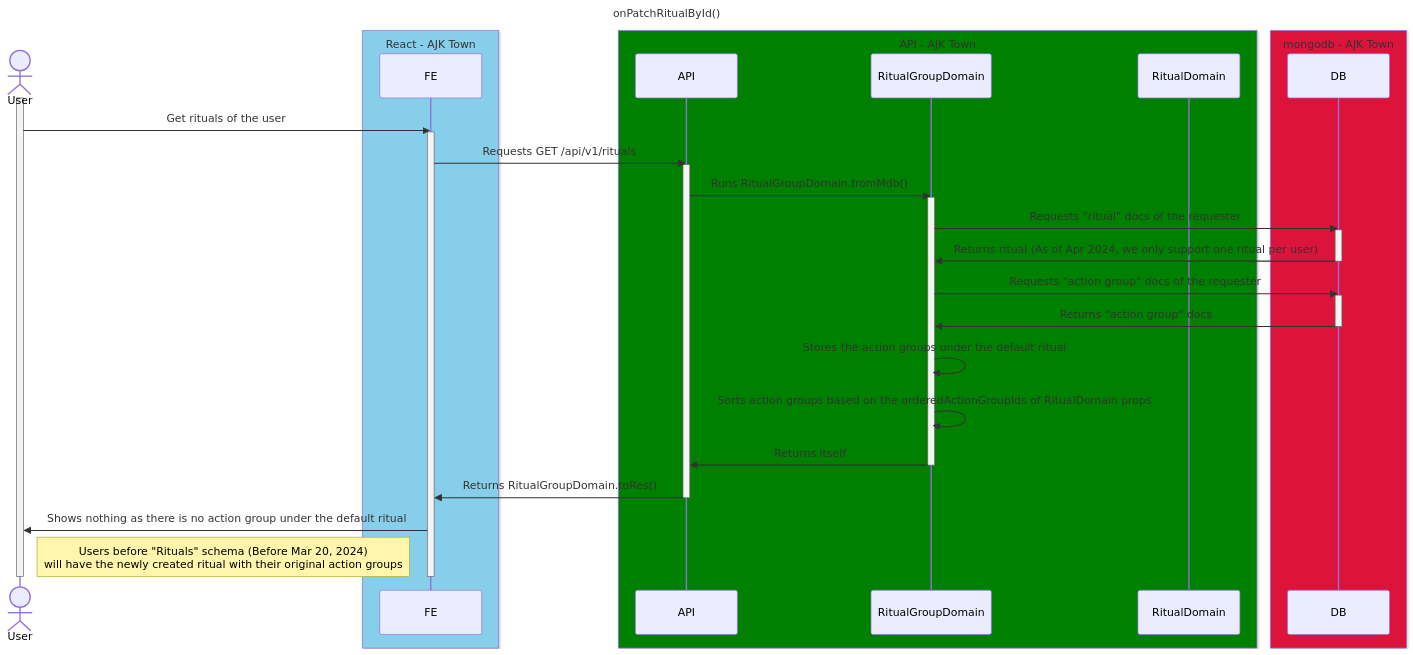
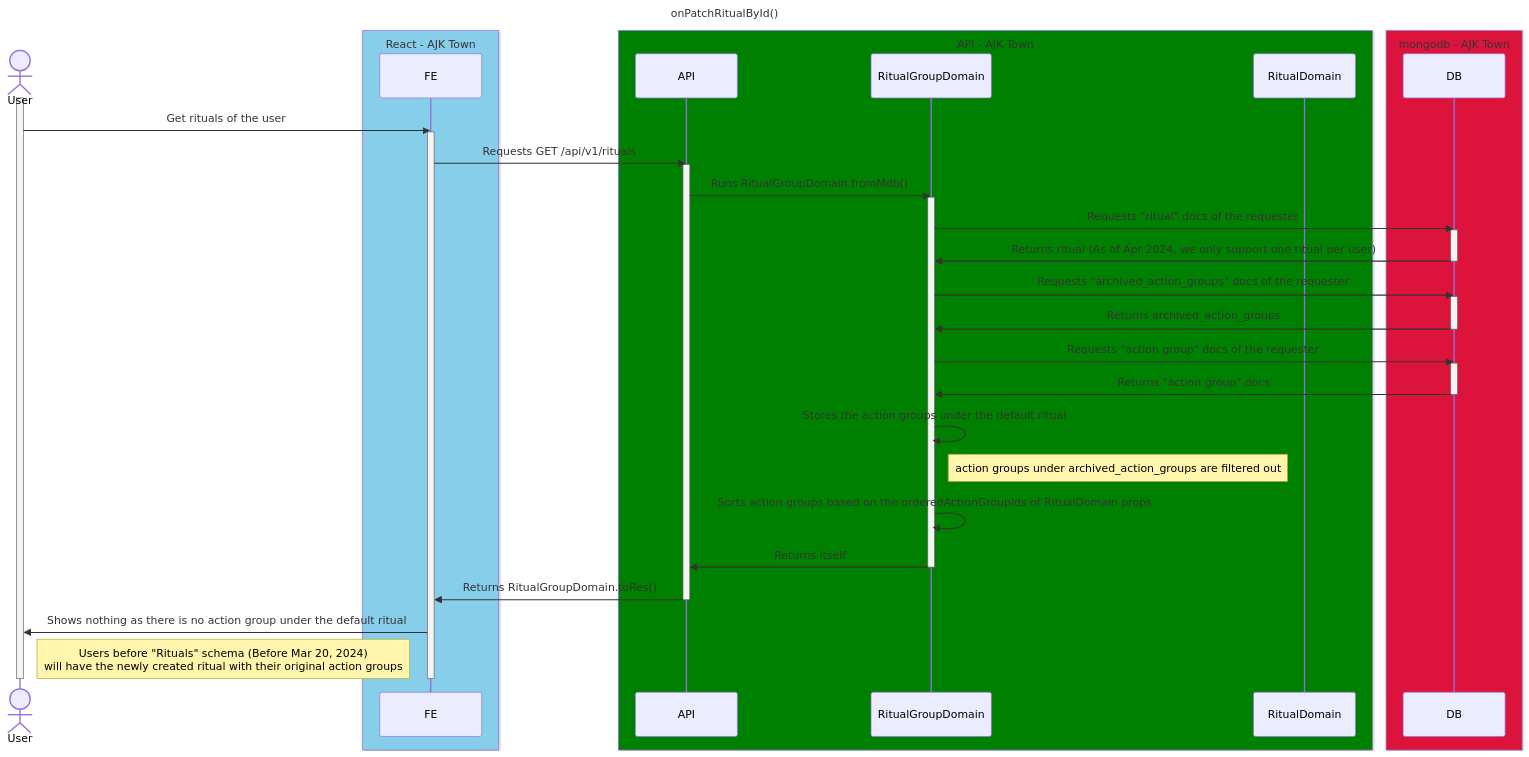
Before and after one commit to ajktown/docs: the diagram in dev_consistency/diagrams/on-get-rituals.md, drawn with Mermaid. The commit also changed other lines of this file and 8 other files, not shown here.

First line of the commit message:
Archive feature for Action Groups under Ritual (#104)

````diff
--- a/dev_consistency/diagrams/on-get-rituals.md
+++ b/dev_consistency/diagrams/on-get-rituals.md
@@ -19,45 +27,50 @@
 ```mermaid
 
 sequenceDiagram
 title: onPatchRitualById()
 
 actor user as User
 box SkyBlue React - AJK Town
   participant fe as FE
 end
 box Green API - AJK Town
   participant api as API
   participant domain as RitualGroupDomain
   participant ritual_domain as RitualDomain
 end
 box Crimson mongodb - AJK Town
   participant db as DB
 end
 
 
 activate user
   user ->> fe: Get rituals of the user
   activate fe
     fe ->> api: Requests GET /api/v1/rituals
     activate api
       api ->> domain: Runs RitualGroupDomain.fromMdb()
       activate domain
         domain ->> db: Requests "ritual" docs of the requester
         activate db
           db ->> domain: Returns ritual (As of Apr 2024, we only support one ritual per user)
         deactivate db
+        domain ->> db: Requests "archived_action_groups" docs of the requester
+        activate db
+          db ->> domain: Returns archived_action_groups
+        deactivate db
         domain ->> db: Requests "action group" docs of the requester
         activate db
           db ->> domain: Returns "action group" docs
         deactivate db
         domain ->> domain: Stores the action groups under the default ritual
+        Note right of domain: action groups under archived_action_groups are filtered out
         domain ->> domain: Sorts action groups based on the orderedActionGroupIds of RitualDomain props
         domain ->> api: Returns itself
       deactivate domain
       api ->> fe: Returns RitualGroupDomain.toRes()
     deactivate api
     fe ->> user: Shows nothing as there is no action group under the default ritual
     Note right of user: Users before "Rituals" schema (Before Mar 20, 2024) <br/>will have the newly created ritual with their original action groups
   deactivate fe
 deactivate user
 ```
````
